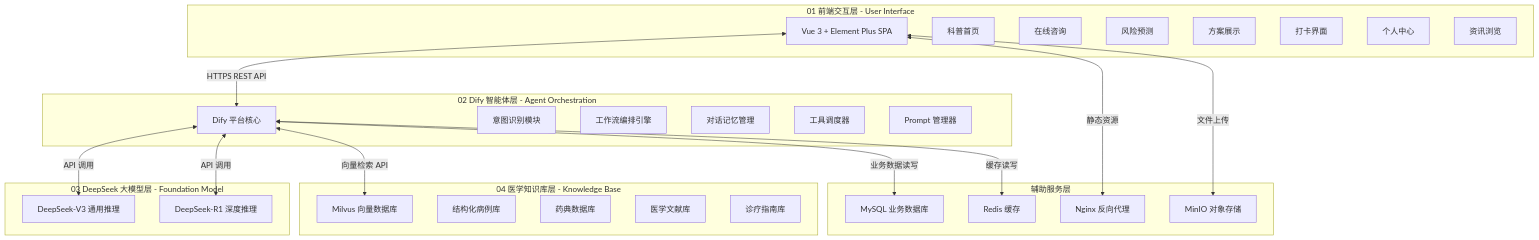
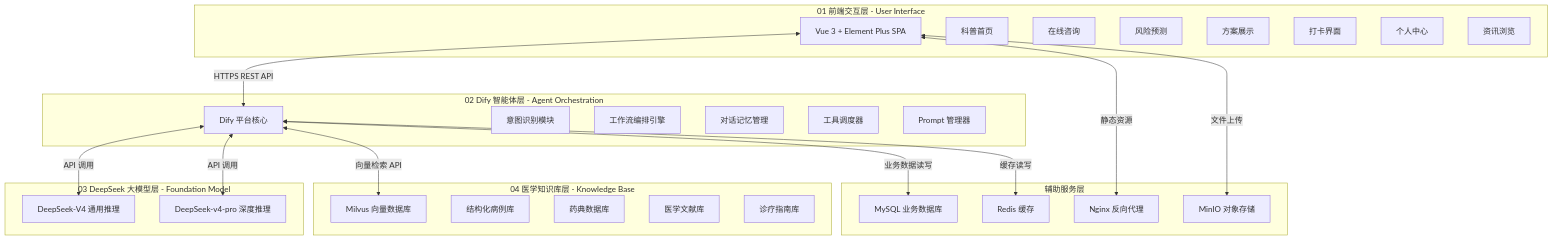
Before and after one commit to Nirvana-Zml/diabetes_dev: the first of 21 diagrams in docs/系统详细设计说明书.md, drawn with Mermaid. The commit also changed other lines of this file and 102 other files, not shown here.

````diff
--- a/docs/系统详细设计说明书.md
+++ b/docs/系统详细设计说明书.md
@@ -168,51 +168,51 @@
 ```mermaid
 graph TB
     subgraph L1[01 前端交互层 - User Interface]
         A[Vue 3 + Element Plus SPA]
         A1[科普首页]
         A2[在线咨询]
         A3[风险预测]
         A4[方案展示]
         A5[打卡界面]
         A6[个人中心]
         A7[资讯浏览]
     end
 
     subgraph L2[02 Dify 智能体层 - Agent Orchestration]
         B[Dify 平台核心]
         B1[意图识别模块]
         B2[工作流编排引擎]
         B3[对话记忆管理]
         B4[工具调度器]
         B5[Prompt 管理器]
     end
 
     subgraph L3[03 DeepSeek 大模型层 - Foundation Model]
-        C1[DeepSeek-V3 通用推理]
-        C2[DeepSeek-R1 深度推理]
+        C1[DeepSeek-V4 通用推理]
+        C2[DeepSeek-v4-pro 深度推理]
     end
 
     subgraph L4[04 医学知识库层 - Knowledge Base]
         D[Milvus 向量数据库]
         D1[结构化病例库]
         D2[药典数据库]
         D3[医学文献库]
         D4[诊疗指南库]
     end
 
     subgraph L5[辅助服务层]
         E1[MySQL 业务数据库]
         E2[Redis 缓存]
         E3[Nginx 反向代理]
         E4[MinIO 对象存储]
     end
 
     A <-->|HTTPS REST API| B
     B <-->|API 调用| C1
     B <-->|API 调用| C2
     B <-->|向量检索 API| D
     B <-->|业务数据读写| E1
     B <-->|缓存读写| E2
     A <-->|静态资源| E3
     A <-->|文件上传| E4
 ```
````
